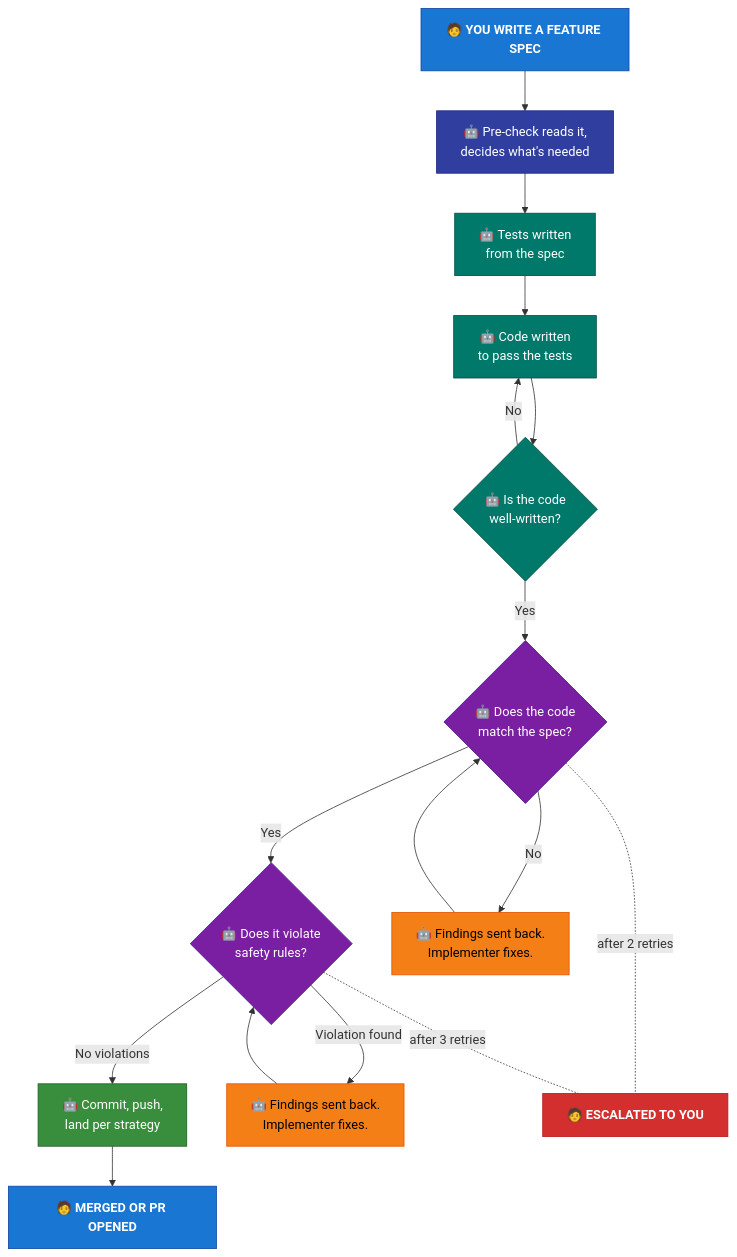
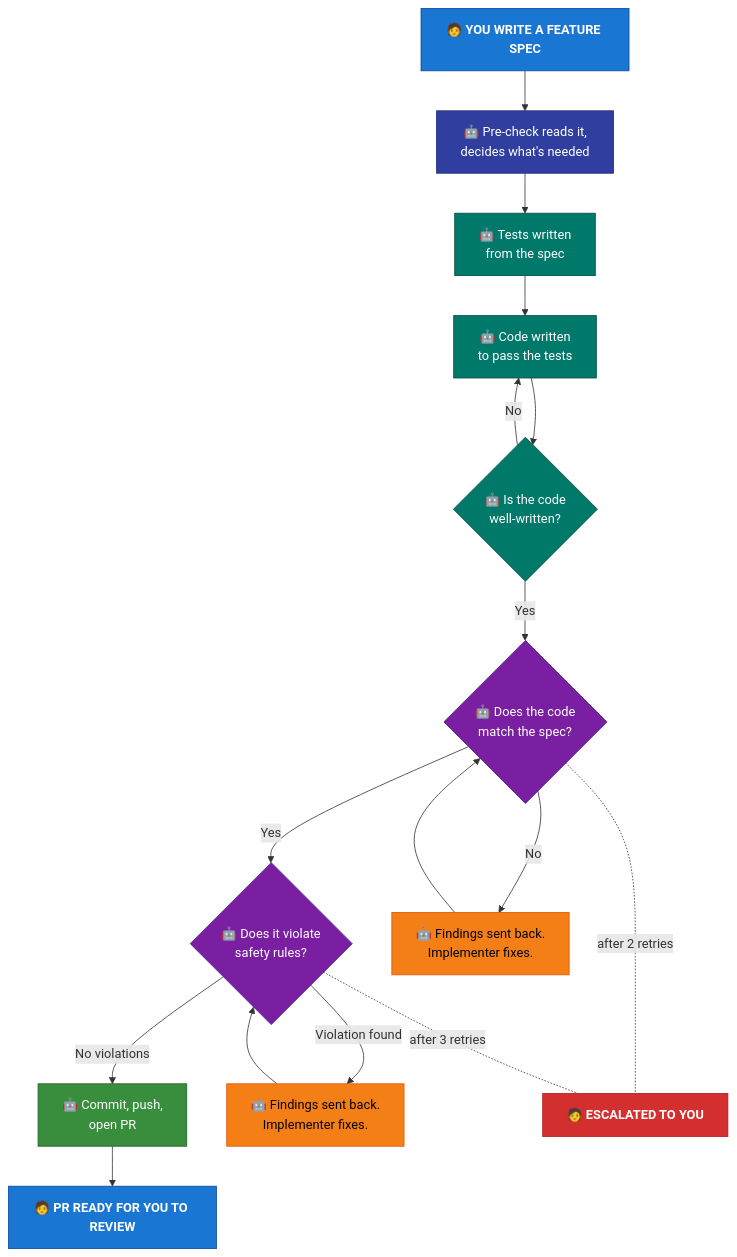
One commit to TejGandham/keel changed the second of 2 diagrams in README.md. Above: the diagram before and after it, drawn with Mermaid. The commit also changed other lines of this file and 15 other files, not shown here.

````diff
--- a/README.md
+++ b/README.md
@@ -24,32 +24,32 @@
 ```mermaid
 graph TD
     Spec["🧑 <b>YOU WRITE A FEATURE SPEC</b>"] --> PC["🤖 Pre-check reads it,<br/>decides what's needed"]
     PC --> TW["🤖 Tests written<br/>from the spec"]
     TW --> IMP["🤖 Code written<br/>to pass the tests"]
     IMP --> QA{"🤖 Is the code<br/>well-written?"}
     QA -->|Yes| Gate{"🤖 Does the code<br/>match the spec?"}
     QA -->|No| IMP
     Gate -->|Yes| Safe{"🤖 Does it violate<br/>safety rules?"}
     Gate -->|No| Fix["🤖 Findings sent back.<br/>Implementer fixes."]
     Fix --> Gate
-    Safe -->|No violations| Land["🤖 Commit, push,<br/>land per strategy"]
+    Safe -->|No violations| Land["🤖 Commit, push,<br/>open PR"]
     Safe -->|Violation found| Fix2["🤖 Findings sent back.<br/>Implementer fixes."]
     Fix2 --> Safe
-    Land --> PR["🧑 <b>MERGED OR PR OPENED</b>"]
+    Land --> PR["🧑 <b>PR READY FOR YOU TO REVIEW</b>"]
 
     Gate -.-|"after 2 retries"| Esc["🧑 <b>ESCALATED TO YOU</b>"]
     Safe -.-|"after 3 retries"| Esc
 
     style Spec fill:#1976D2,stroke:#0D47A1,color:#fff
     style PC fill:#303F9F,stroke:#1A237E,color:#fff
     style TW fill:#00796B,stroke:#004D40,color:#fff
     style IMP fill:#00796B,stroke:#004D40,color:#fff
     style QA fill:#00796B,stroke:#004D40,color:#fff
     style Gate fill:#7B1FA2,stroke:#4A148C,color:#fff
     style Safe fill:#7B1FA2,stroke:#4A148C,color:#fff
     style Fix fill:#F57F17,stroke:#E65100,color:#000
     style Fix2 fill:#F57F17,stroke:#E65100,color:#000
     style Land fill:#388E3C,stroke:#1B5E20,color:#fff
     style PR fill:#1976D2,stroke:#0D47A1,color:#fff
     style Esc fill:#D32F2F,stroke:#B71C1C,color:#fff
 ```
````
